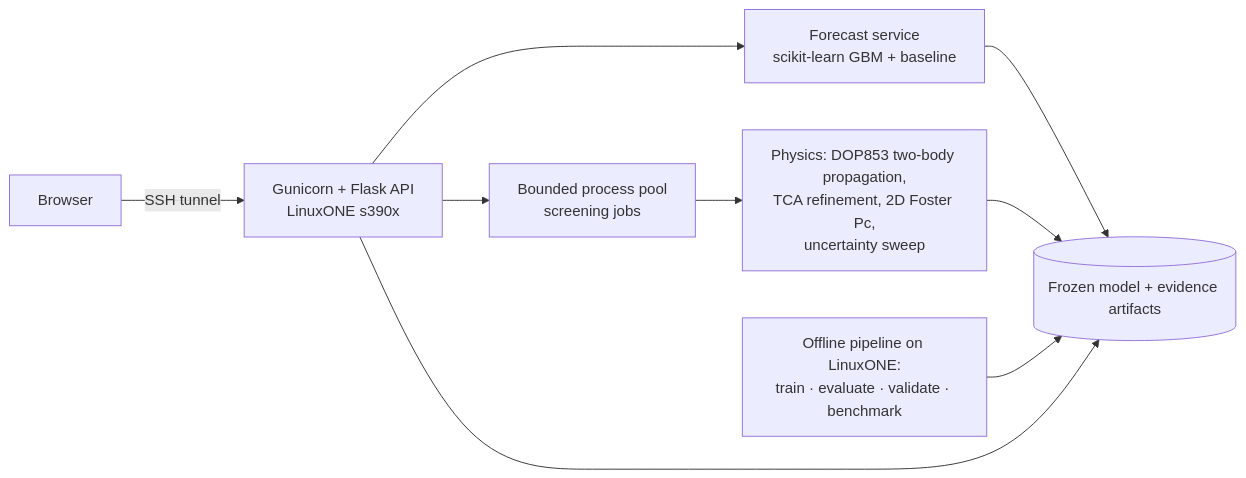
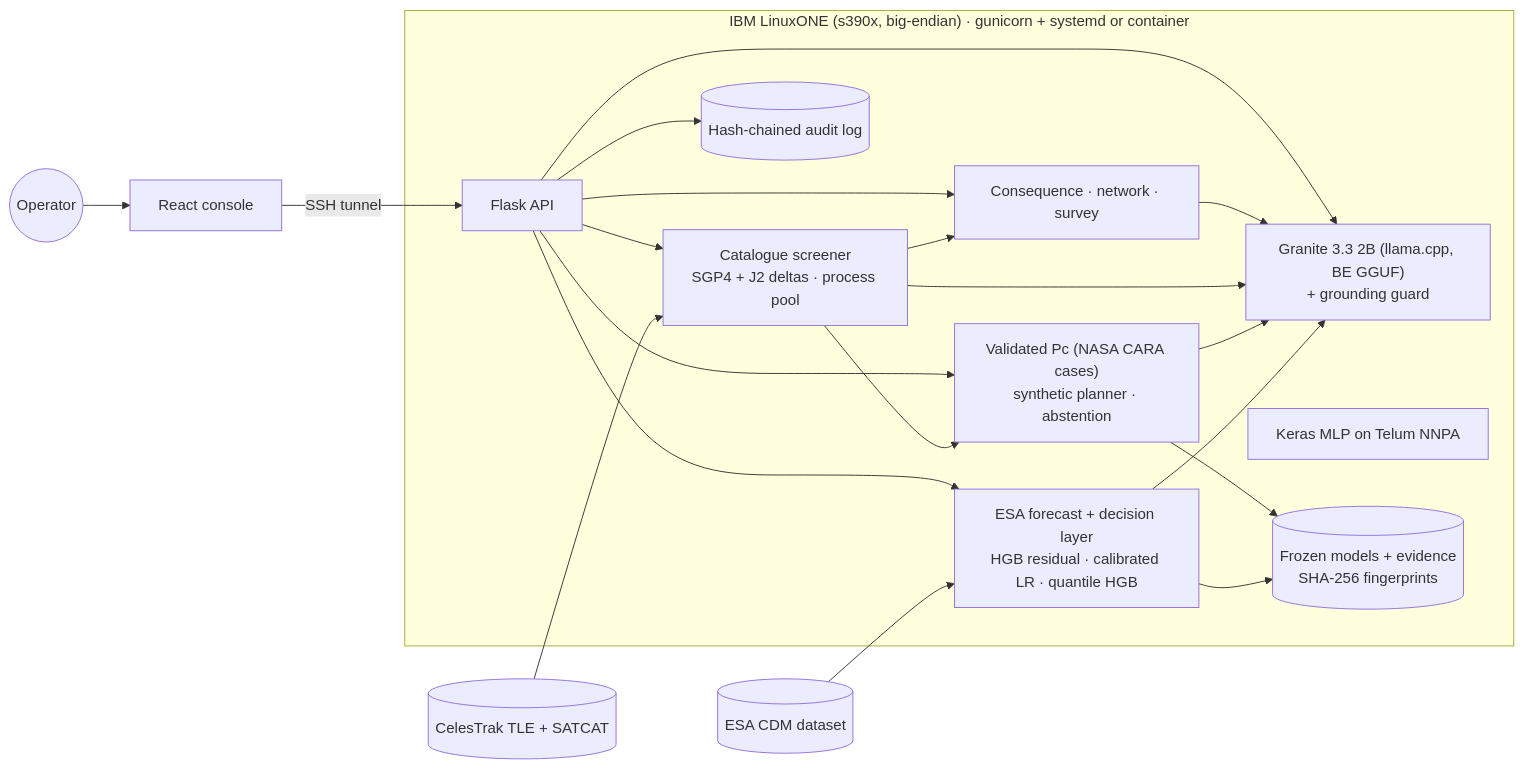
One commit to ryash072007/Datathon2-OrbitGuard changed the diagram in README.md. Above: the diagram before and after it, drawn with Mermaid. The commit also changed other lines of this file and 17 other files, not shown here.

````diff
--- a/README.md
+++ b/README.md
@@ -44,11 +39,23 @@
 ```mermaid
 flowchart LR
-    B[Browser] -- SSH tunnel --> G[Gunicorn + Flask API<br/>LinuxONE s390x]
-    G --> F[Forecast service<br/>scikit-learn GBM + baseline]
-    G --> J[Bounded process pool<br/>screening jobs]
-    J --> P[Physics: DOP853 two-body propagation,<br/>TCA refinement, 2D Foster Pc,<br/>uncertainty sweep]
-    F --> A[(Frozen model + evidence artifacts)]
-    P --> A
-    E[Offline pipeline on LinuxONE:<br/>train · evaluate · validate · benchmark] --> A
-    G --> A
+  subgraph L1["IBM LinuxONE (s390x, big-endian) · gunicorn + systemd or container"]
+    API[Flask API]:::svc
+    ML["ESA forecast + decision layer<br/>HGB residual · calibrated LR · quantile HGB"]
+    PH["Validated Pc (NASA CARA cases)<br/>synthetic planner · abstention"]
+    CAT["Catalogue screener<br/>SGP4 + J2 deltas · process pool"]
+    CON["Consequence · network · survey"]
+    LLM["Granite 3.3 2B (llama.cpp, BE GGUF)<br/>+ grounding guard"]
+    NN["Keras MLP on Telum NNPA"]
+    AUD[("Hash-chained audit log")]
+    ART[("Frozen models + evidence<br/>SHA-256 fingerprints")]
+  end
+  ESA[(ESA CDM dataset)] --> ML
+  CT[(CelesTrak TLE + SATCAT)] --> CAT
+  CAT --> PH
+  CAT --> CON
+  ML & PH & CAT & CON --> LLM
+  API --> ML & PH & CAT & CON & LLM & AUD
+  ML & PH --> ART
+  UI[React console] -- SSH tunnel --> API
+  OP((Operator)) --> UI
 ```
````
